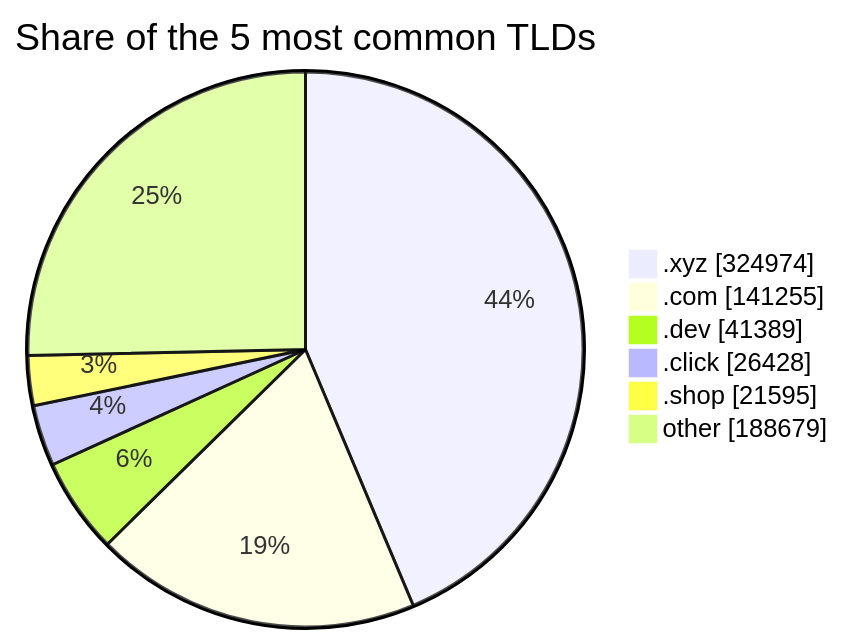
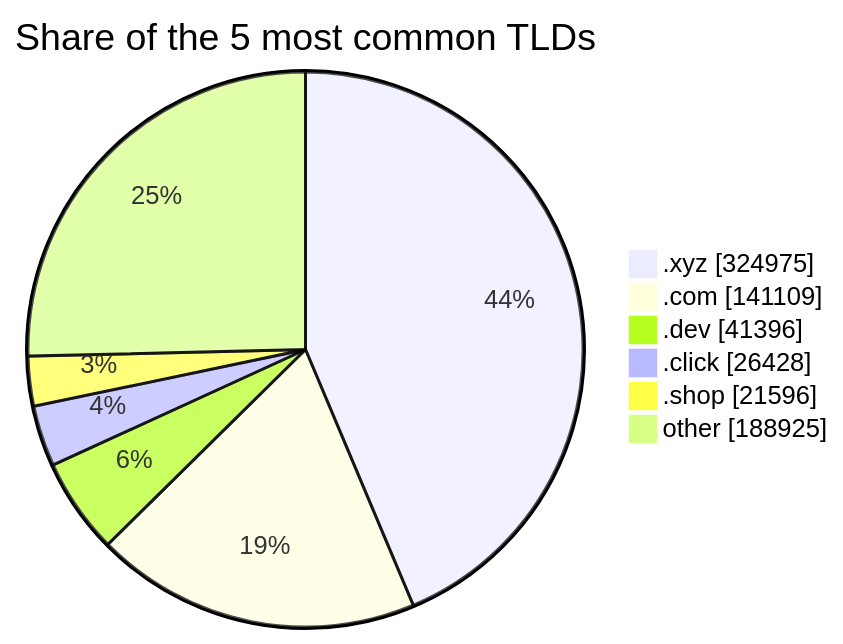
The third of 3 diagrams in README.md (DNSBunker/CTI), drawn with Mermaid before and after one commit. The commit also changed other lines of this file and 3 other files, not shown here.

````diff
--- a/README.md
+++ b/README.md
@@ -81,9 +81,9 @@
 ```mermaid
 pie showData title Share of the 5 most common TLDs
-    ".xyz" : 324974
-    ".com" : 141255
-    ".dev" : 41389
+    ".xyz" : 324975
+    ".com" : 141109
+    ".dev" : 41396
     ".click" : 26428
-    ".shop" : 21595
-    "other" : 188679
+    ".shop" : 21596
+    "other" : 188925
 ```
````
